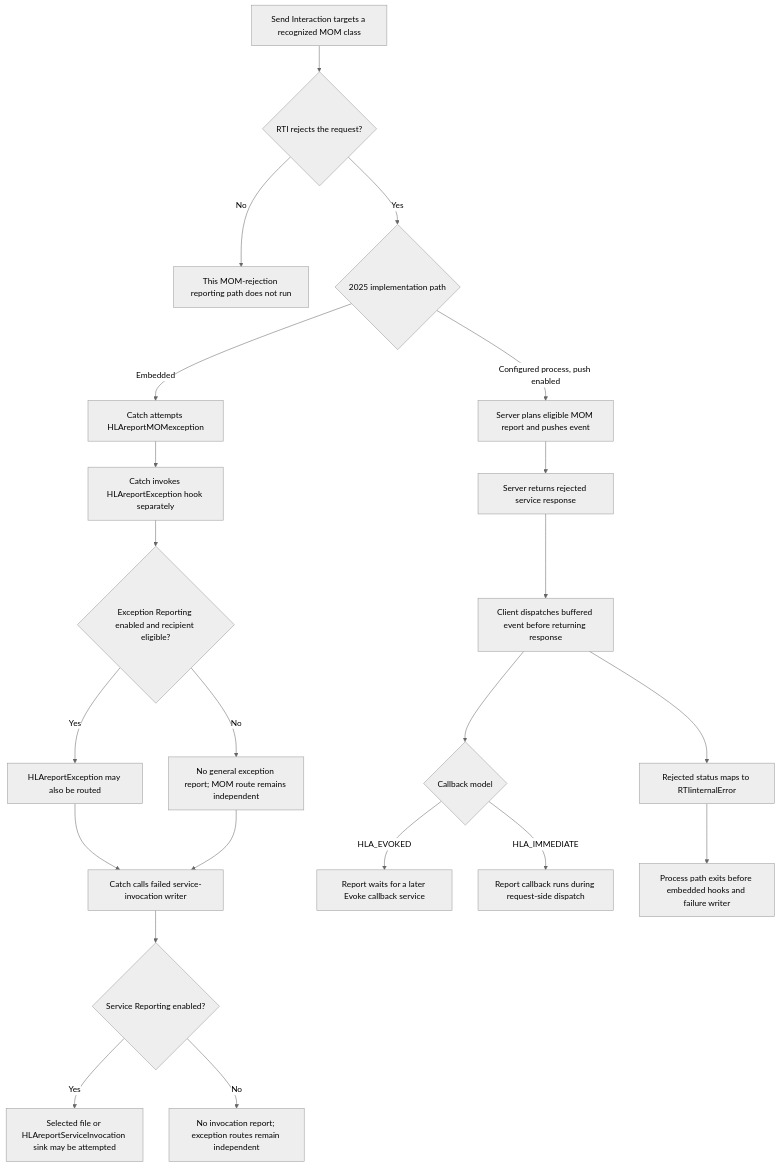
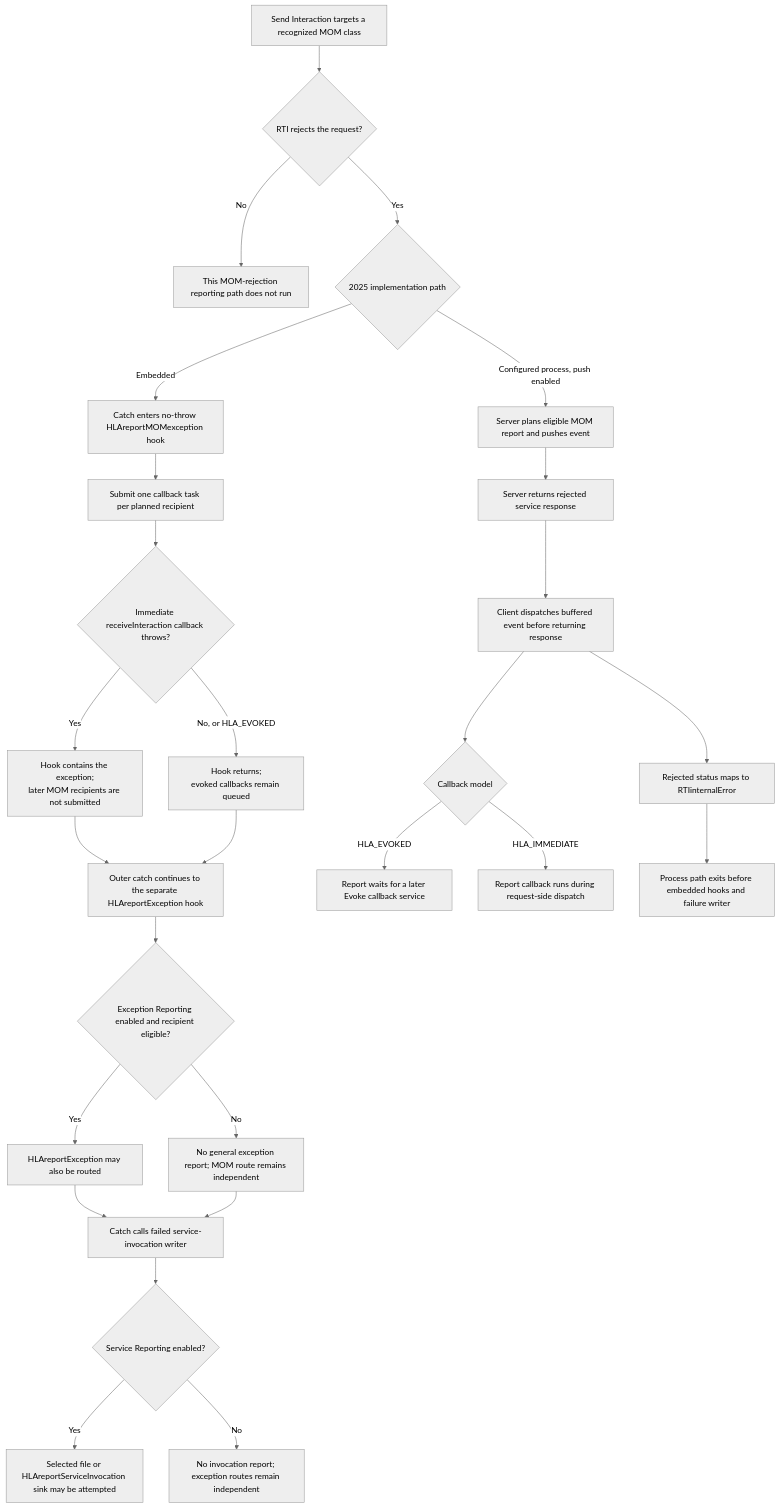
The seventh of 7 diagrams in docs/design/HLA-2025-EXCEPTION-REPORTING-FLOW-GUIDE.md (sheepfling/umbra), drawn with Mermaid (neutral theme) before and after one commit. The commit also changed other lines of this file and 36 other files, not shown here.

````diff
--- a/docs/design/HLA-2025-EXCEPTION-REPORTING-FLOW-GUIDE.md
+++ b/docs/design/HLA-2025-EXCEPTION-REPORTING-FLOW-GUIDE.md
@@ -571,24 +594,29 @@
 ```mermaid
 flowchart TD
   A[Send Interaction targets a recognized MOM class] --> B{RTI rejects the request?}
   B -->|No| C[This MOM-rejection reporting path does not run]
   B -->|Yes| D{2025 implementation path}
-  D -->|Embedded| E[Catch attempts HLAreportMOMexception]
-  E --> F[Catch invokes HLAreportException hook separately]
+  D -->|Embedded| E[Catch enters no-throw HLAreportMOMexception hook]
+  E --> E1[Submit one callback task per planned recipient]
+  E1 --> E2{Immediate receiveInteraction callback throws?}
+  E2 -->|Yes| E3[Hook contains the exception;<br/>later MOM recipients are not submitted]
+  E2 -->|No, or HLA_EVOKED| E4[Hook returns;<br/>evoked callbacks remain queued]
+  E3 --> F[Outer catch continues to the separate HLAreportException hook]
+  E4 --> F
   F --> G{Exception Reporting enabled and recipient eligible?}
   G -->|Yes| H[HLAreportException may also be routed]
   G -->|No| I[No general exception report; MOM route remains independent]
   H --> J[Catch calls failed service-invocation writer]
   I --> J
   J --> K{Service Reporting enabled?}
   K -->|Yes| L[Selected file or HLAreportServiceInvocation sink may be attempted]
   K -->|No| M[No invocation report; exception routes remain independent]
   D -->|Configured process, push enabled| Q[Server plans eligible MOM report and pushes event]
   Q --> R[Server returns rejected service response]
   R --> S[Client dispatches buffered event before returning response]
   S --> T{Callback model}
   T -->|HLA_EVOKED| U[Report waits for a later Evoke callback service]
   T -->|HLA_IMMEDIATE| V[Report callback runs during request-side dispatch]
   S --> W[Rejected status maps to RTIinternalError]
   W --> X[Process path exits before embedded hooks and failure writer]
 ```
````
